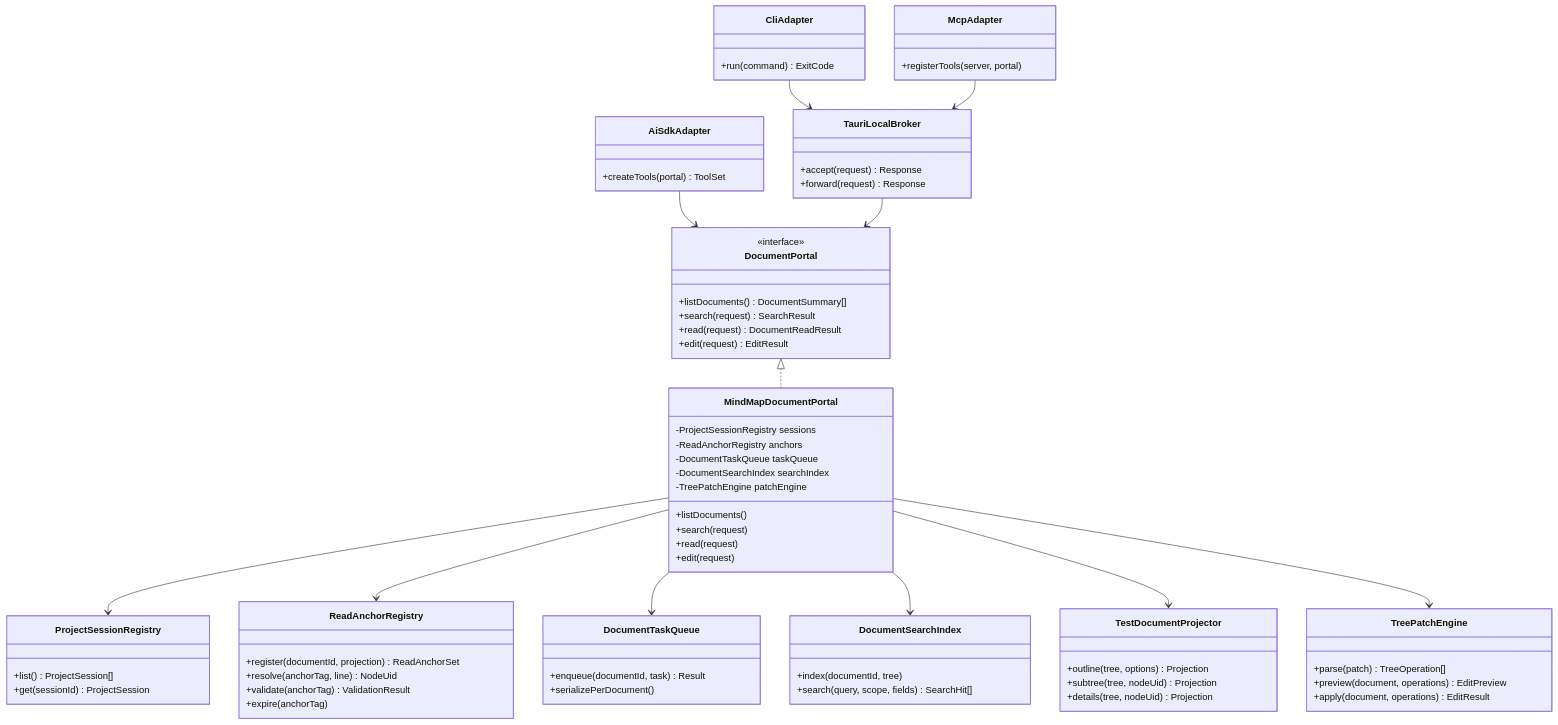
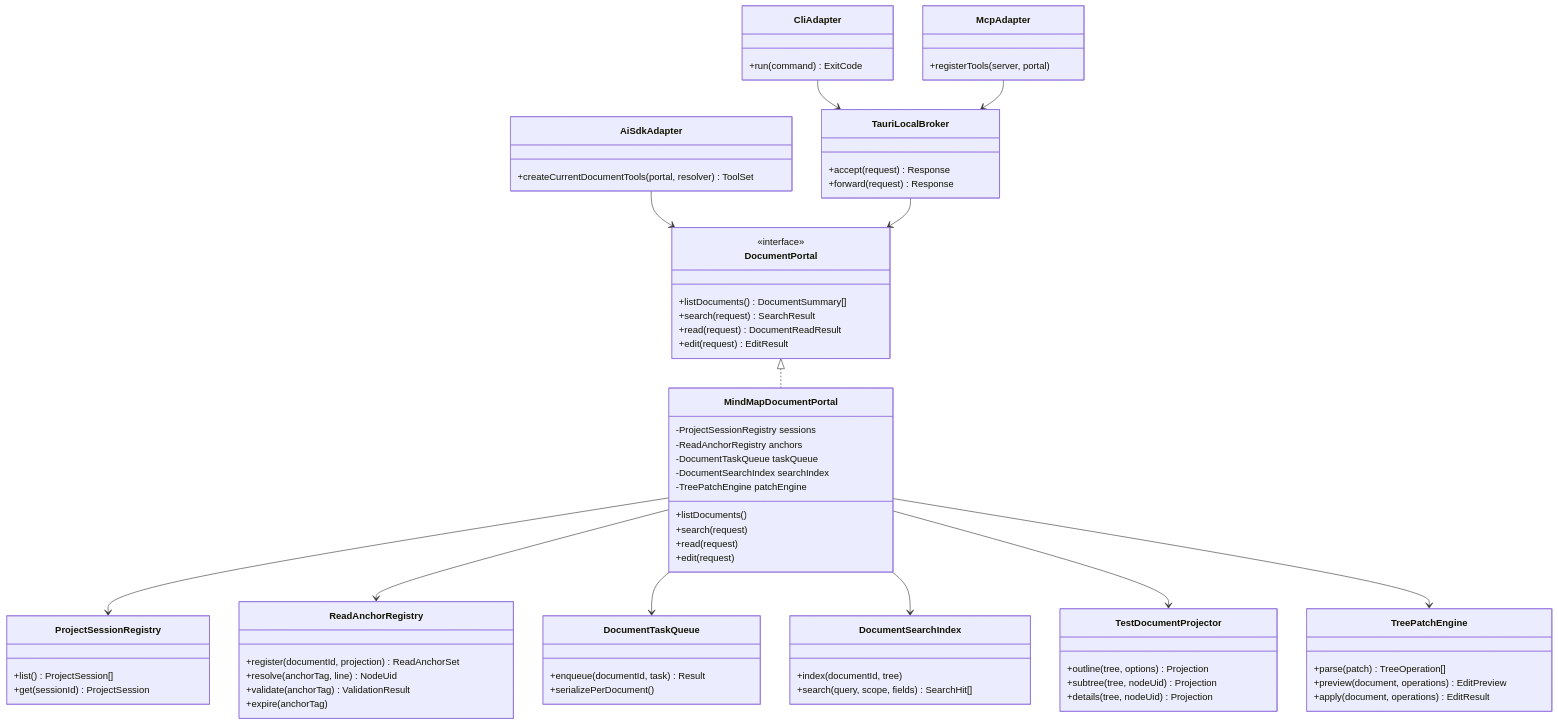
One commit to zoeymind/zoeymind-desktop changed the first of 3 diagrams in docs/architecture/document-automation-portal.md. Above: the diagram before and after it, drawn with Mermaid. The commit also changed other lines of this file and 104 other files, not shown here.

First line of the commit message:
feat: complete document automation portal

```diff
--- a/docs/architecture/document-automation-portal.md
+++ b/docs/architecture/document-automation-portal.md
@@ -112,7 +169,7 @@
     }
 
     class AiSdkAdapter {
-      +createTools(portal) ToolSet
+      +createCurrentDocumentTools(portal, resolver) ToolSet
     }
 
     class CliAdapter {
```
